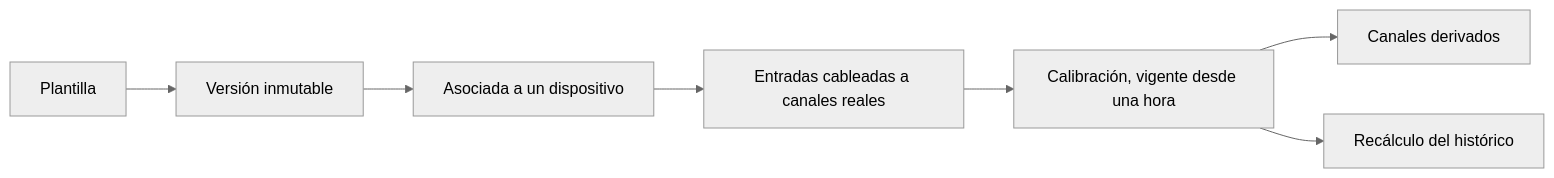
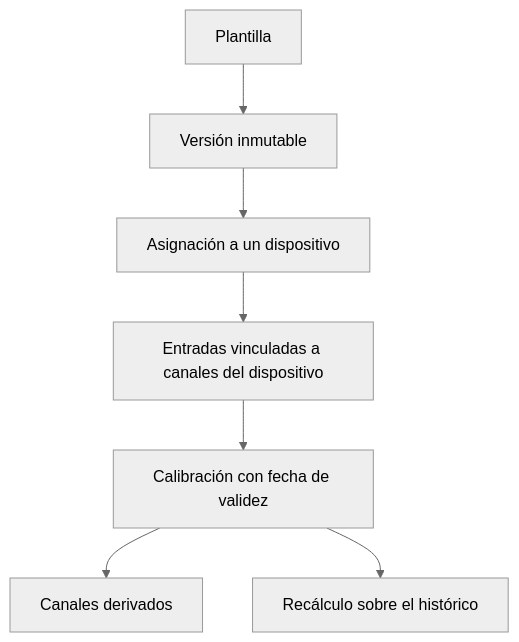
Before and after one commit to sensical-coop/mesh-things-apps: the diagram in apps/web/content/docs/es/blueprints.mdx, drawn with Mermaid (neutral theme). The commit also changed other lines of this file and 27 other files, not shown here.

````diff
--- a/apps/web/content/docs/es/blueprints.mdx
+++ b/apps/web/content/docs/es/blueprints.mdx
@@ -10,9 +10,9 @@
 ```mermaid
-flowchart LR
-  recipe["Plantilla"] --> version["Versión inmutable"]
-  version --> attach["Asociada a un dispositivo"]
-  attach --> wire["Entradas cableadas a canales reales"]
-  wire --> cal["Calibración, vigente desde una hora"]
-  cal --> live["Canales derivados"]
-  cal --> backfill["Recálculo del histórico"]
+flowchart TD
+  blueprint["Plantilla"] --> version["Versión inmutable"]
+  version --> assignment["Asignación a un dispositivo"]
+  assignment --> inputs["Entradas vinculadas a canales del dispositivo"]
+  inputs --> calibration["Calibración con fecha de validez"]
+  calibration --> live["Canales derivados"]
+  calibration --> backfill["Recálculo sobre el histórico"]
 ```
````
